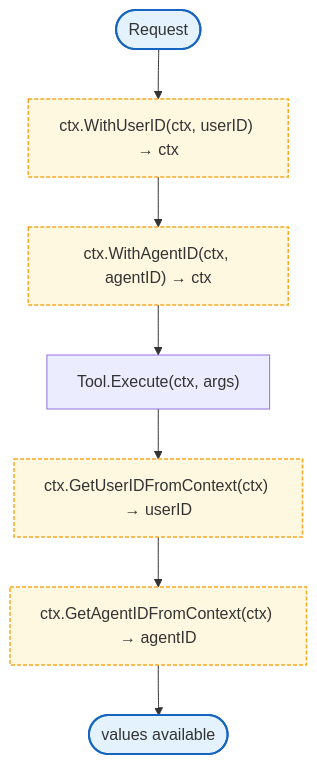
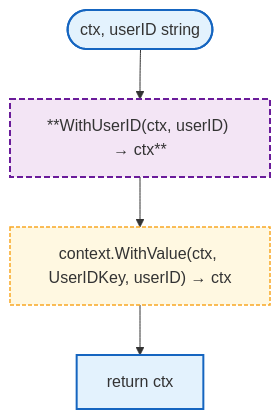
One commit to radch-ai/ava changed the first of 4 diagrams in docs/internal/ctx.md. Above: the diagram before and after it, drawn with Mermaid. The commit also changed other lines of this file and 23 other files, not shown here.

First line of the commit message:
docs: replace Functions sections with separate flowcharts for each function

````diff
--- a/docs/internal/ctx.md
+++ b/docs/internal/ctx.md
@@ -7,15 +20,16 @@
 ```mermaid
 flowchart TB
-    Start([Request]) --> SetUserID["ctx.WithUserID(ctx, userID) → ctx"]
-    SetUserID --> SetAgentID["ctx.WithAgentID(ctx, agentID) → ctx"]
-    SetAgentID --> UseCtx["Tool.Execute(ctx, args)"]
-    UseCtx --> GetUserID["ctx.GetUserIDFromContext(ctx) → userID"]
-    GetUserID --> GetAgentID["ctx.GetAgentIDFromContext(ctx) → agentID"]
-    GetAgentID --> Done(["values available"])
+    Start([ctx, userID string]) --> HWithUserID["**WithUserID(ctx, userID) → ctx**"]
+    HWithUserID --> SetValue["context.WithValue(ctx, UserIDKey, userID) → ctx"]
+    SetValue --> Return["return ctx"]
+
+    click SetValue href "https://pkg.go.dev/context#WithValue"
 
     classDef mainFn fill:#e3f2fd,stroke:#1565c0,stroke-width:2px
+    classDef internalFn fill:#f3e5f5,stroke:#6a1b9a,stroke-width:2px,stroke-dasharray:6 3
     classDef localPkgs fill:#fff8e1,stroke:#f9a825,stroke-width:1.5px,stroke-dasharray:4 2
 
-    class Start,Done mainFn
-    class SetUserID,SetAgentID,GetUserID,GetAgentID localPkgs
+    class Start,Return mainFn
+    class HWithUserID internalFn
+    class SetValue localPkgs
 ```
````
